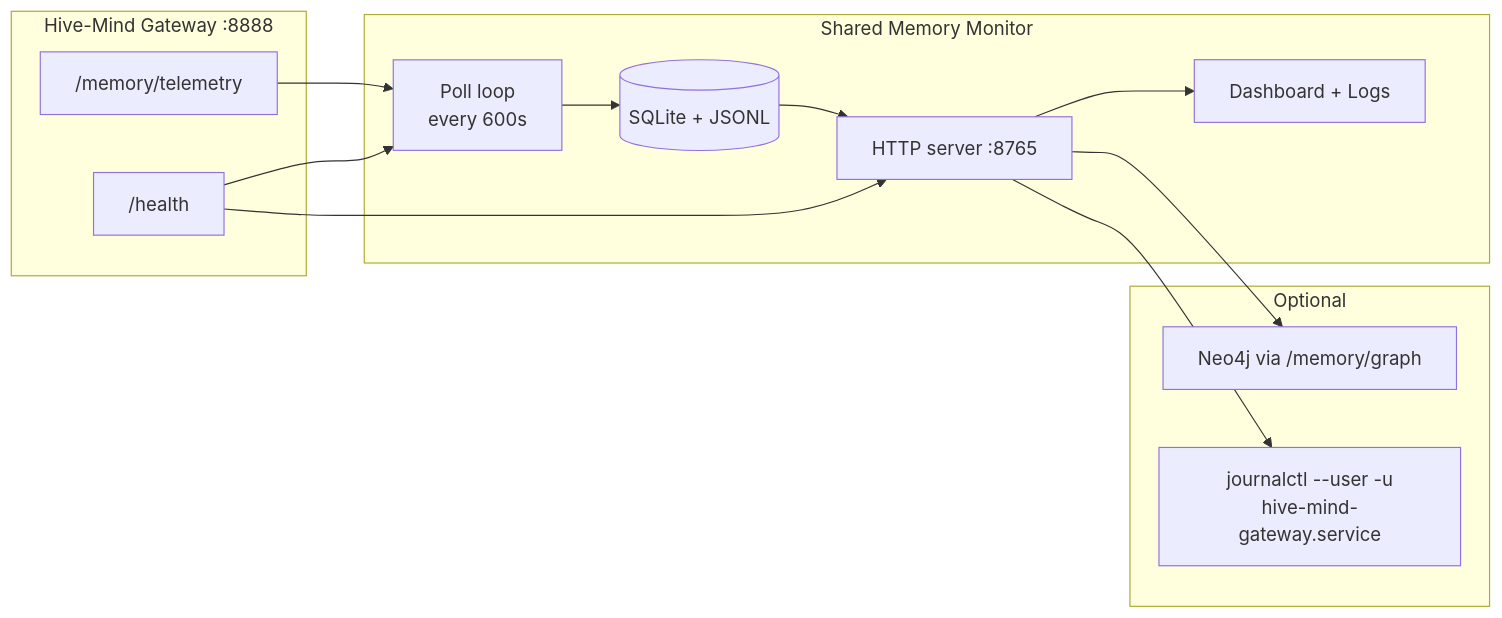
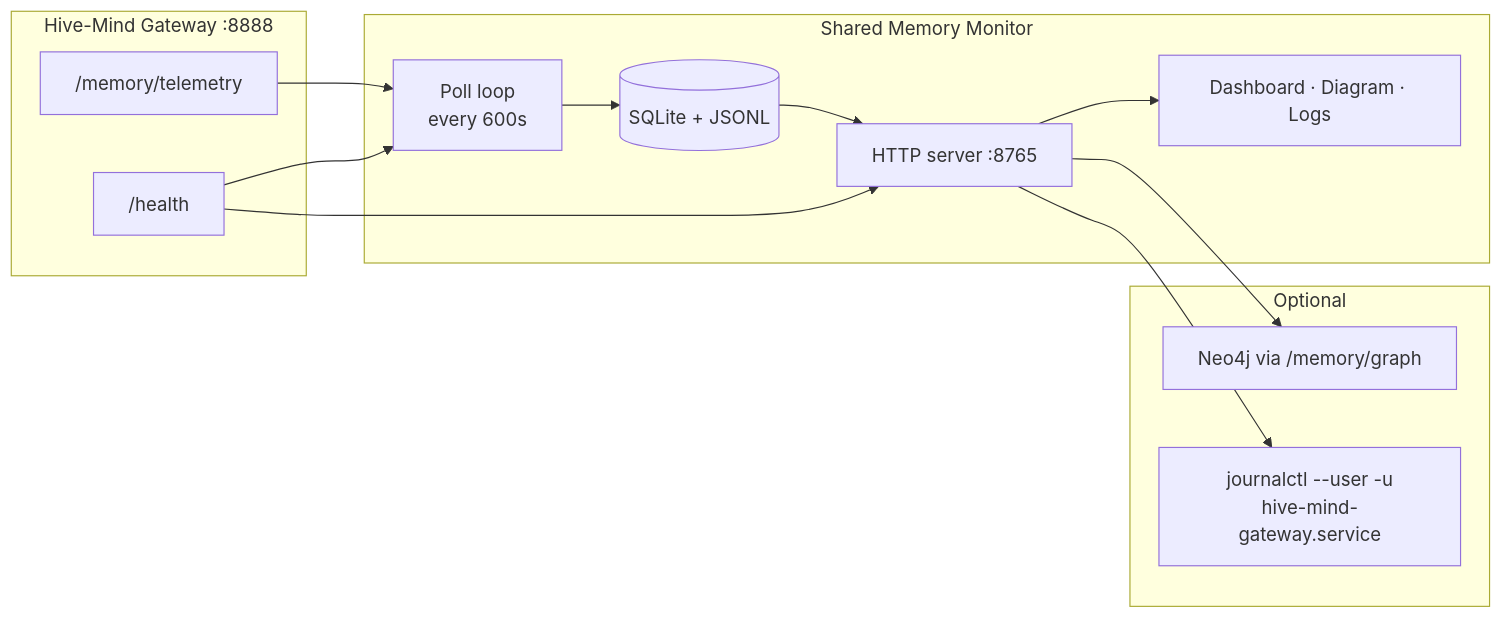
Before and after one commit to KanenasInGreece/Shared_Memory_Monitor: the diagram in README.md, drawn with Mermaid. The commit also changed other lines of this file and 7 other files, not shown here.

````diff
--- a/README.md
+++ b/README.md
@@ -173,28 +173,28 @@
 ```mermaid
 flowchart LR
   subgraph gateway [Hive-Mind Gateway :8888]
     T["/memory/telemetry"]
     H["/health"]
   end
 
   subgraph monitor [Shared Memory Monitor]
     Loop[Poll loop<br/>every 600s]
     Store[(SQLite + JSONL)]
     API[HTTP server :8765]
-    UI[Dashboard + Logs]
+    UI[Dashboard · Diagram · Logs]
   end
 
   subgraph optional [Optional]
     NJ[Neo4j via /memory/graph]
     J["journalctl --user -u<br/>hive-mind-gateway.service"]
   end
 
   T --> Loop
   H --> Loop
   Loop --> Store
   Store --> API
   H --> API
   API --> UI
   API --> NJ
   API --> J
 ```
````
